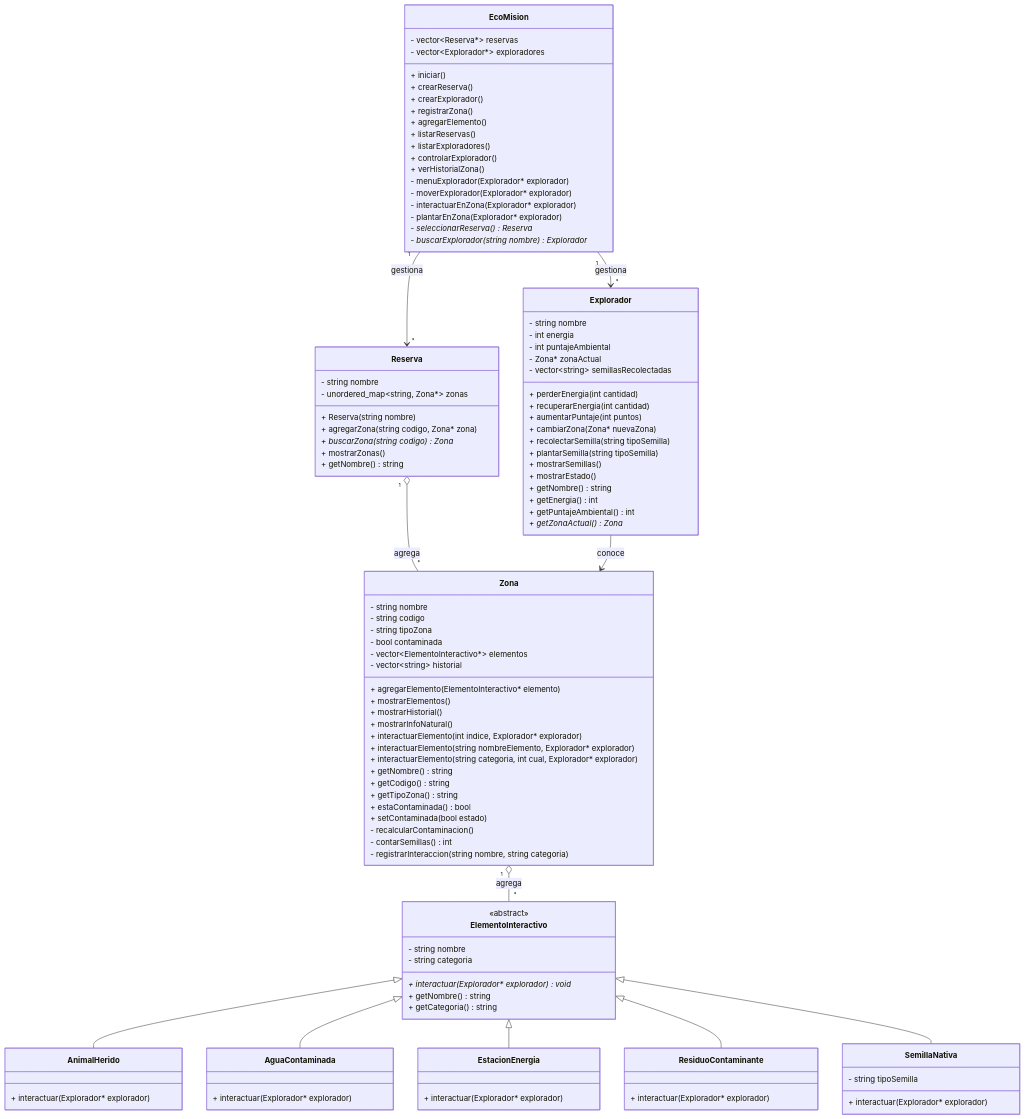
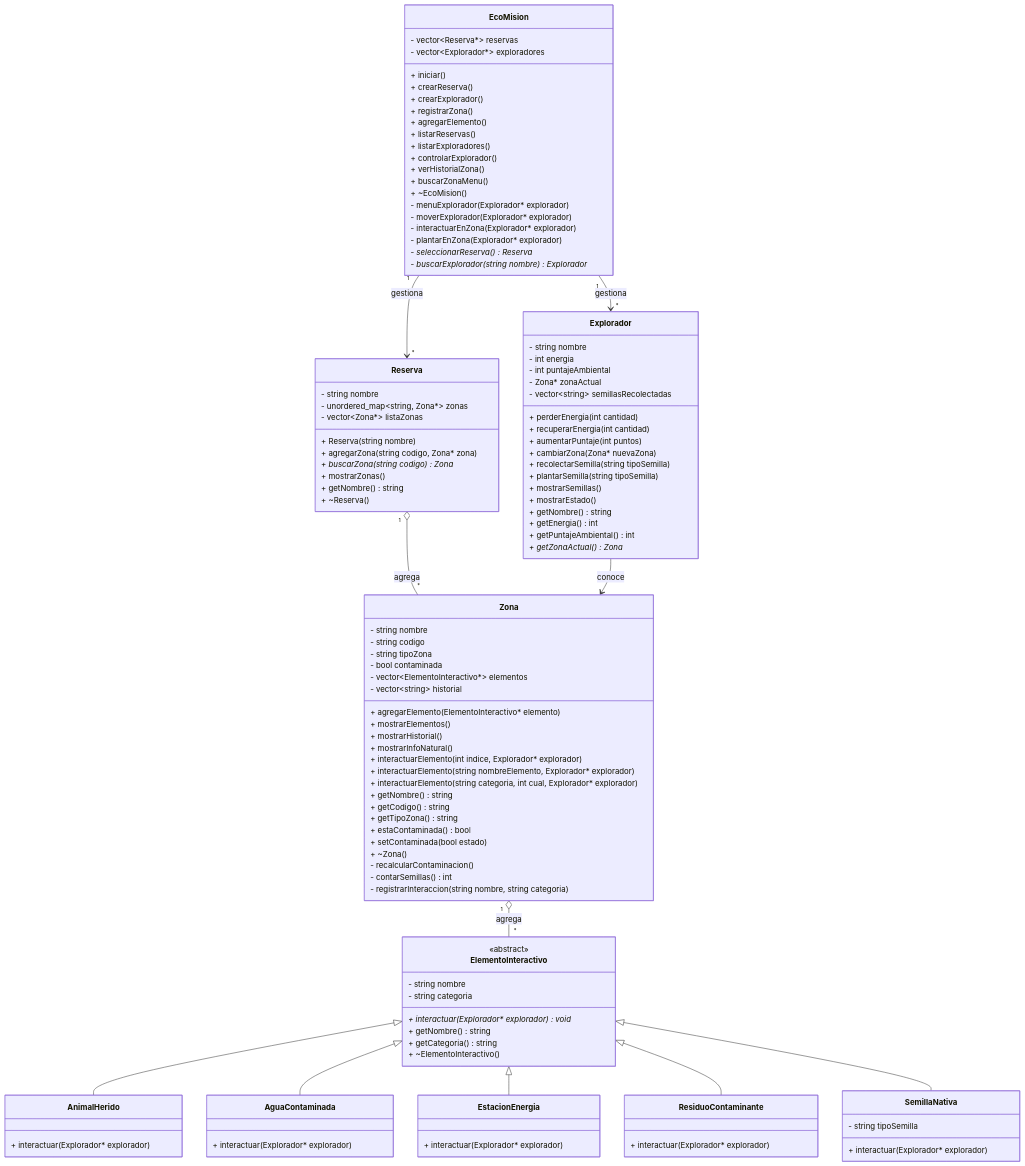
Before and after one commit to juanpc2112/Proyecto-EcoMision: the third of 3 diagrams in docs/Diseno.md, drawn with Mermaid.

Commit message:
Add new methods and update class definitions in Diseno.md

```diff
--- a/docs/Diseno.md
+++ b/docs/Diseno.md
@@ -227,6 +227,8 @@
     + listarExploradores()
     + controlarExplorador()
     + verHistorialZona()
+    + buscarZonaMenu()
+    + ~EcoMision()
     - menuExplorador(Explorador* explorador)
     - moverExplorador(Explorador* explorador)
     - interactuarEnZona(Explorador* explorador)
@@ -237,11 +239,13 @@
 class Reserva{
     - string nombre
     - unordered_map~string, Zona*~ zonas
+    - vector~Zona*~ listaZonas
     + Reserva(string nombre)
     + agregarZona(string codigo, Zona* zona)
     + buscarZona(string codigo) Zona*
     + mostrarZonas()
     + getNombre() string
+    + ~Reserva()
 }
 class Zona{
     - string nombre
@@ -262,6 +266,7 @@
     + getTipoZona() string
     + estaContaminada() bool
     + setContaminada(bool estado)
+    + ~Zona()
     - recalcularContaminacion()
     - contarSemillas() int
     - registrarInteraccion(string nombre, string categoria)
@@ -292,6 +297,7 @@
     + interactuar(Explorador* explorador)* void
     + getNombre() string
     + getCategoria() string
+    + ~ElementoInteractivo()
 }
 class AnimalHerido{
     + interactuar(Explorador* explorador)
```
